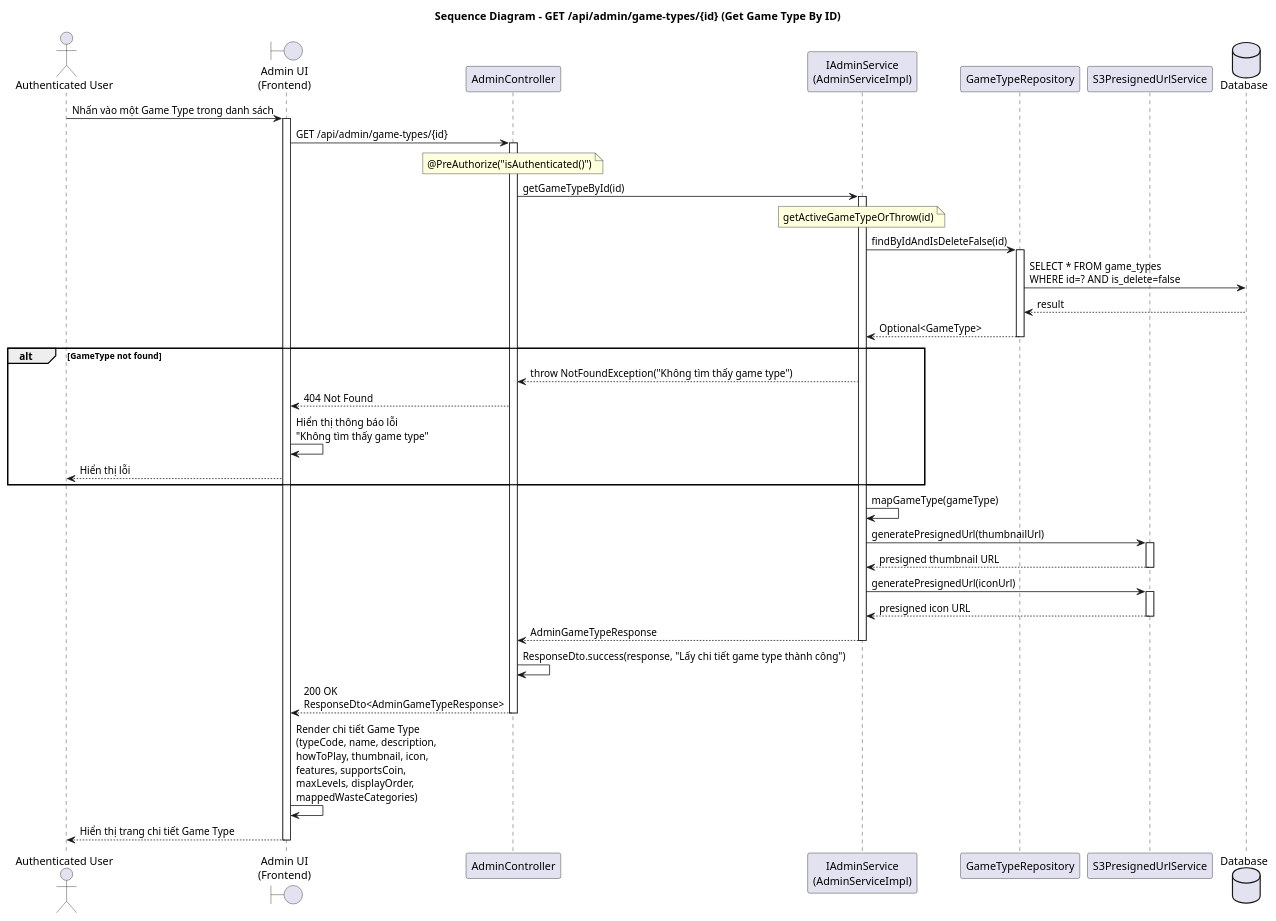
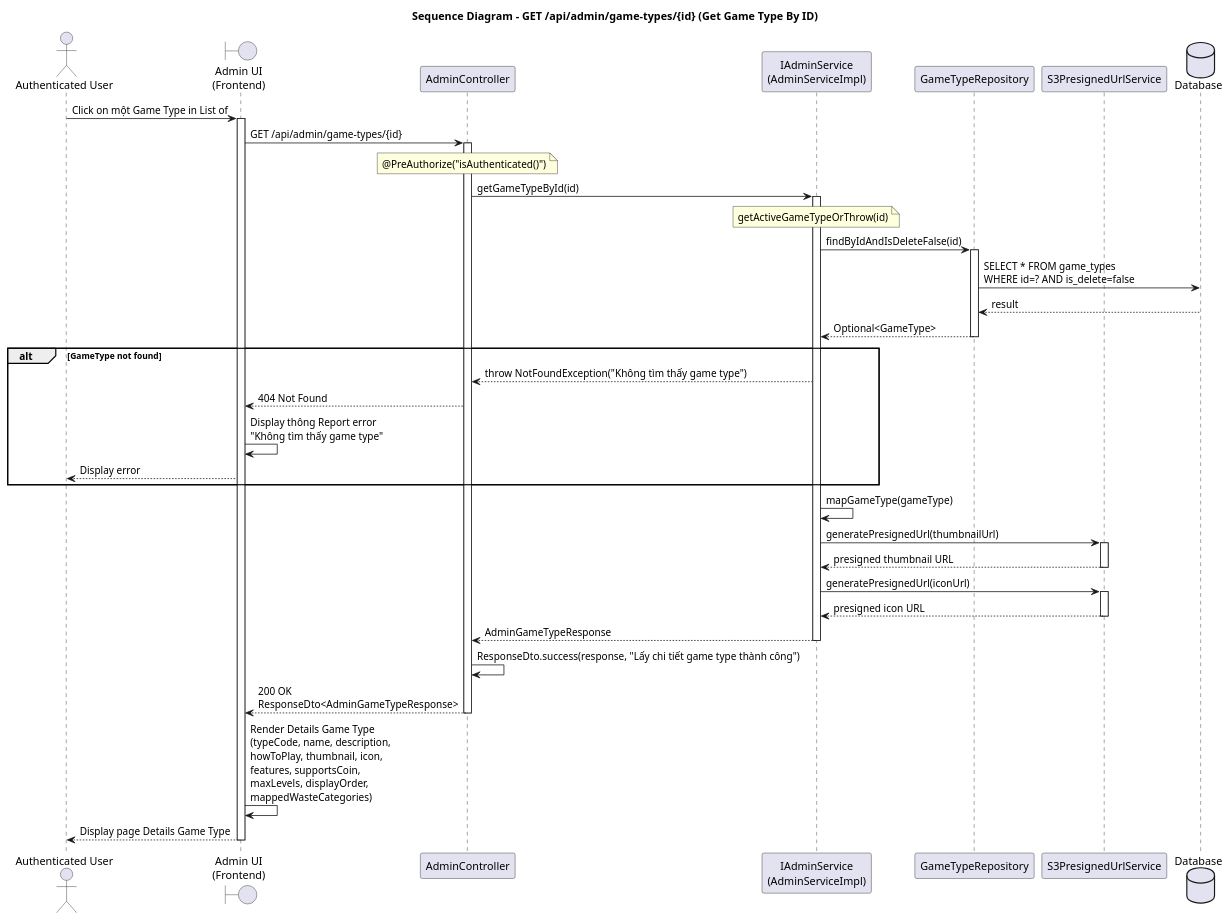
The diagram in src/main/resources/diagram/seq_get_game_type_by_id.puml (EpxrLab/EcoVerse_BE), drawn with PlantUML before and after one commit. The commit also changed 53 other files, not shown here.

Commit message:
feat: add init data for game type, sub category, waste item

```diff
--- a/src/main/resources/diagram/seq_get_game_type_by_id.puml
+++ b/src/main/resources/diagram/seq_get_game_type_by_id.puml
@@ -1,59 +1,59 @@
 @startuml seq_get_game_type_by_id
 title Sequence Diagram - GET /api/admin/game-types/{id} (Get Game Type By ID)
 
 actor "Authenticated User" as user
 boundary "Admin UI\n(Frontend)" as ui
 participant "AdminController" as ctrl
 participant "IAdminService\n(AdminServiceImpl)" as svc
 participant "GameTypeRepository" as gtRepo
 participant "S3PresignedUrlService" as s3
 database "Database" as db
 
-user -> ui : Nhấn vào một Game Type trong danh sách
+user -> ui : Click on một Game Type in List of
 activate ui
 
 ui -> ctrl : GET /api/admin/game-types/{id}
 activate ctrl
 
 note over ctrl : @PreAuthorize("isAuthenticated()")
 
 ctrl -> svc : getGameTypeById(id)
 activate svc
 
 note over svc : getActiveGameTypeOrThrow(id)
 svc -> gtRepo : findByIdAndIsDeleteFalse(id)
 activate gtRepo
 gtRepo -> db : SELECT * FROM game_types\nWHERE id=? AND is_delete=false
 db --> gtRepo : result
 gtRepo --> svc : Optional<GameType>
 deactivate gtRepo
 
 alt GameType not found
-    svc --> ctrl : throw NotFoundException("Không tìm thấy game type")
-    ctrl --> ui : 404 Not Found
-    ui -> ui : Hiển thị thông báo lỗi\n"Không tìm thấy game type"
-    ui --> user : Hiển thị lỗi
+ svc --> ctrl : throw NotFoundException("Không tìm thấy game type")
+ ctrl --> ui : 404 Not Found
+ ui -> ui : Display thông Report error\n"Không tìm thấy game type"
+ ui --> user : Display error
 end
 
 svc -> svc : mapGameType(gameType)
 svc -> s3 : generatePresignedUrl(thumbnailUrl)
 activate s3
 s3 --> svc : presigned thumbnail URL
 deactivate s3
 svc -> s3 : generatePresignedUrl(iconUrl)
 activate s3
 s3 --> svc : presigned icon URL
 deactivate s3
 
 svc --> ctrl : AdminGameTypeResponse
 deactivate svc
 
 ctrl -> ctrl : ResponseDto.success(response, "Lấy chi tiết game type thành công")
 ctrl --> ui : 200 OK\nResponseDto<AdminGameTypeResponse>
 deactivate ctrl
 
-ui -> ui : Render chi tiết Game Type\n(typeCode, name, description,\nhowToPlay, thumbnail, icon,\nfeatures, supportsCoin,\nmaxLevels, displayOrder,\nmappedWasteCategories)
-ui --> user : Hiển thị trang chi tiết Game Type
+ui -> ui : Render Details Game Type\n(typeCode, name, description,\nhowToPlay, thumbnail, icon,\nfeatures, supportsCoin,\nmaxLevels, displayOrder,\nmappedWasteCategories)
+ui --> user : Display page Details Game Type
 deactivate ui
 
 @enduml
```
